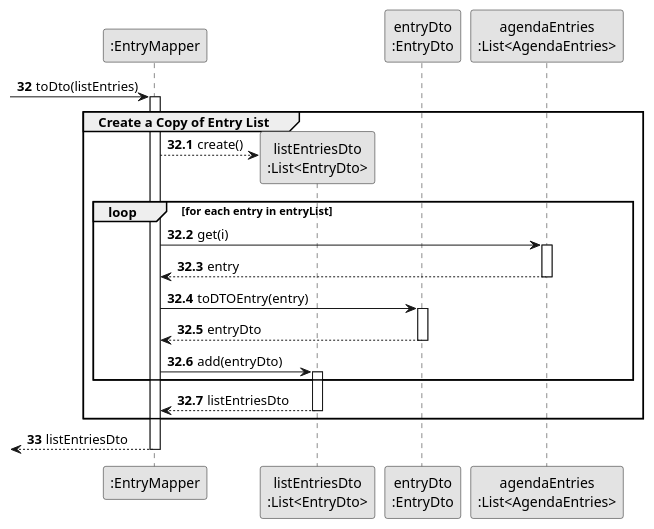
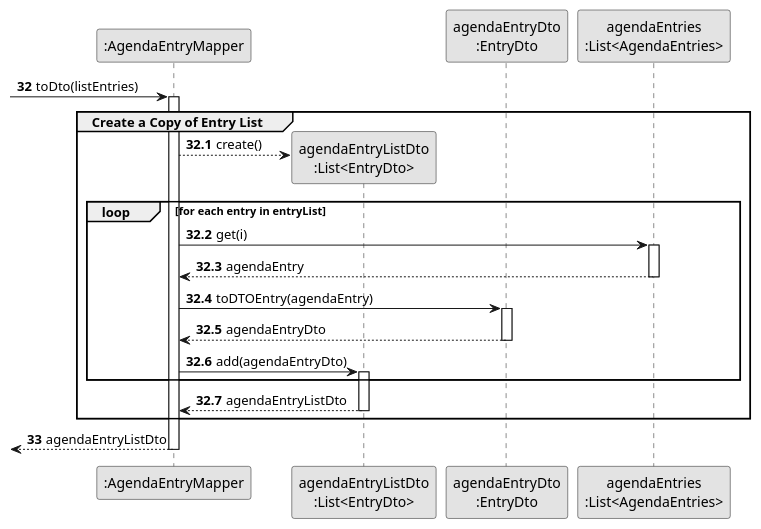
Before and after one commit to diogoveirospro/lei-24-s2-1dg-g072: the diagram in docs/sprintC/us028/03.design/puml/us028-sequence-diagram-partial-create-a-copy-of-entry-list.puml, drawn with PlantUML. The commit also changed 13 other files, not shown here.

```diff
--- a/docs/sprintC/us028/03.design/puml/us028-sequence-diagram-partial-create-a-copy-of-entry-list.puml
+++ b/docs/sprintC/us028/03.design/puml/us028-sequence-diagram-partial-create-a-copy-of-entry-list.puml
@@ -1,48 +1,48 @@
 @startuml
 skinparam monochrome true
 skinparam packageStyle rectangle
 skinparam shadowing false
 
 autonumber
 
 'hide footbox
 
-participant ":EntryMapper" as Mapper
-participant "listEntriesDto\n:List<EntryDto>" as LISTENTRIESDTO
-participant "entryDto\n:EntryDto" as DTO
+participant ":AgendaEntryMapper" as Mapper
+participant "agendaEntryListDto\n:List<EntryDto>" as LISTENTRIESDTO
+participant "agendaEntryDto\n:EntryDto" as DTO
 participant "agendaEntries\n:List<AgendaEntries>" as AGENDAENTRIES
 
 autonumber 32
 
  -> Mapper : toDto(listEntries)
 autonumber 32.1
 activate Mapper
     group Create a Copy of Entry List
 
 
             Mapper --> LISTENTRIESDTO** : create()
                 loop for each entry in entryList
                     Mapper -> AGENDAENTRIES : get(i)
                         activate AGENDAENTRIES
 
-                        AGENDAENTRIES --> Mapper : entry
+                        AGENDAENTRIES --> Mapper : agendaEntry
                         deactivate AGENDAENTRIES
-                    Mapper -> DTO : toDTOEntry(entry)
+                    Mapper -> DTO : toDTOEntry(agendaEntry)
                         activate DTO
 
-                        DTO --> Mapper : entryDto
+                        DTO --> Mapper : agendaEntryDto
                         deactivate DTO
-                    Mapper -> LISTENTRIESDTO : add(entryDto)
+                    Mapper -> LISTENTRIESDTO : add(agendaEntryDto)
                         activate LISTENTRIESDTO
                 end
 
 
-            LISTENTRIESDTO --> Mapper : listEntriesDto
+            LISTENTRIESDTO --> Mapper : agendaEntryListDto
              deactivate LISTENTRIESDTO
 
     end
     autonumber 33
-    <-- Mapper : listEntriesDto
+    <-- Mapper : agendaEntryListDto
 deactivate Mapper
 
 @enduml
```
